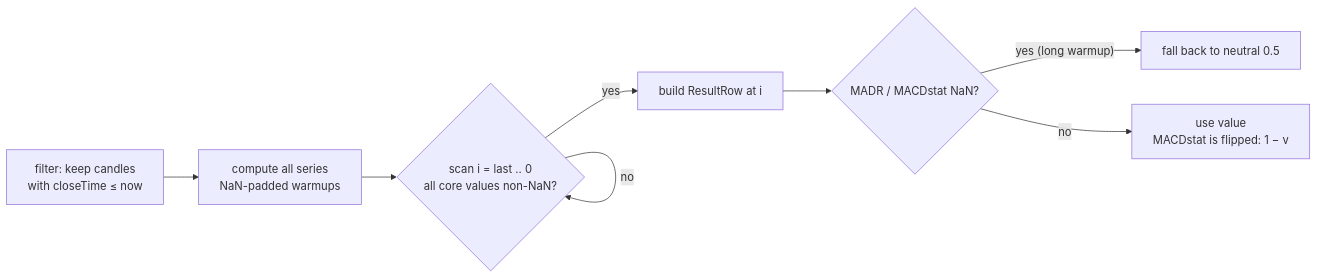
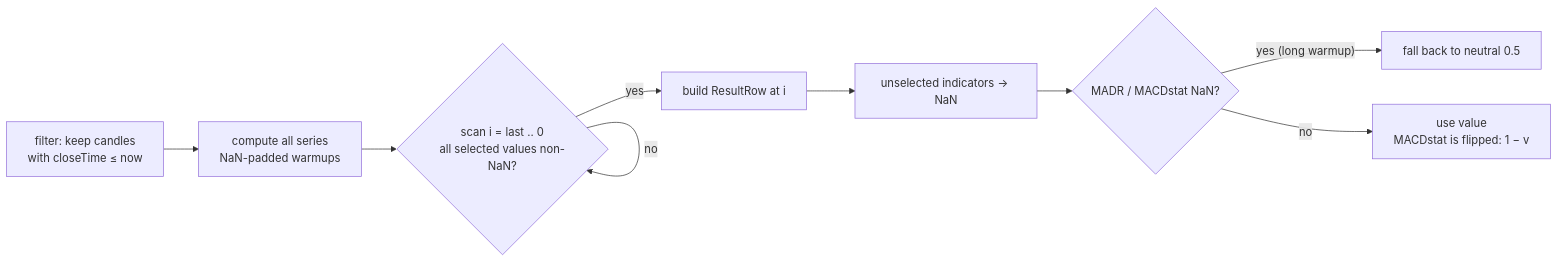
The second of 2 diagrams in src/main/resources/nl/debo/cryptodata/analysis-pipeline.md (dbder/robCryptoData), drawn with Mermaid before and after one commit. The commit also changed other lines of this file and 448 other files, not shown here.

````diff
--- a/src/main/resources/nl/debo/cryptodata/analysis-pipeline.md
+++ b/src/main/resources/nl/debo/cryptodata/analysis-pipeline.md
@@ -75,10 +104,11 @@
 ```mermaid
 flowchart LR
     A["filter: keep candles\nwith closeTime ≤ now"] --> B[compute all series\nNaN-padded warmups]
-    B --> C{scan i = last .. 0\nall core values non-NaN?}
+    B --> C{scan i = last .. 0\nall selected values non-NaN?}
     C -- no --> C
     C -- yes --> D[build ResultRow at i]
-    D --> E{MADR / MACDstat NaN?}
+    D --> H[unselected indicators → NaN]
+    H --> E{MADR / MACDstat NaN?}
     E -- "yes (long warmup)" --> F[fall back to neutral 0.5]
     E -- no --> G[use value\nMACDstat is flipped: 1 − v]
 ```
````
